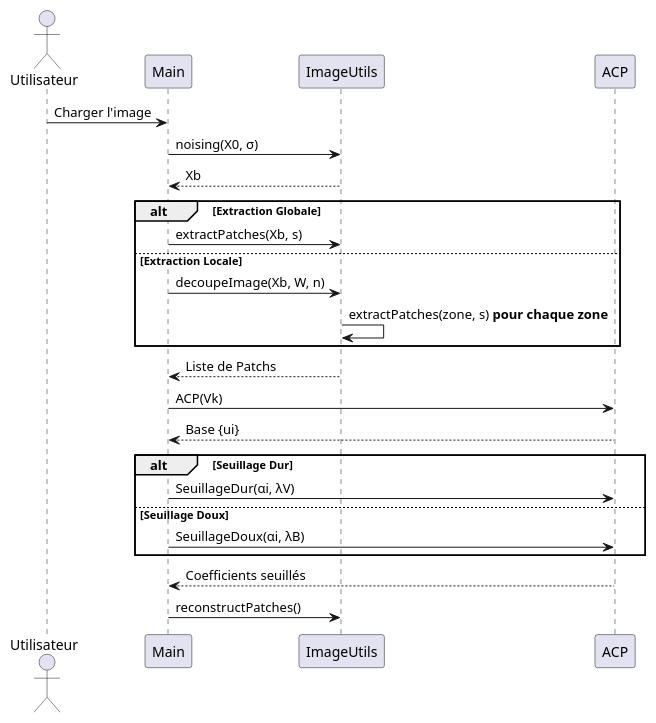
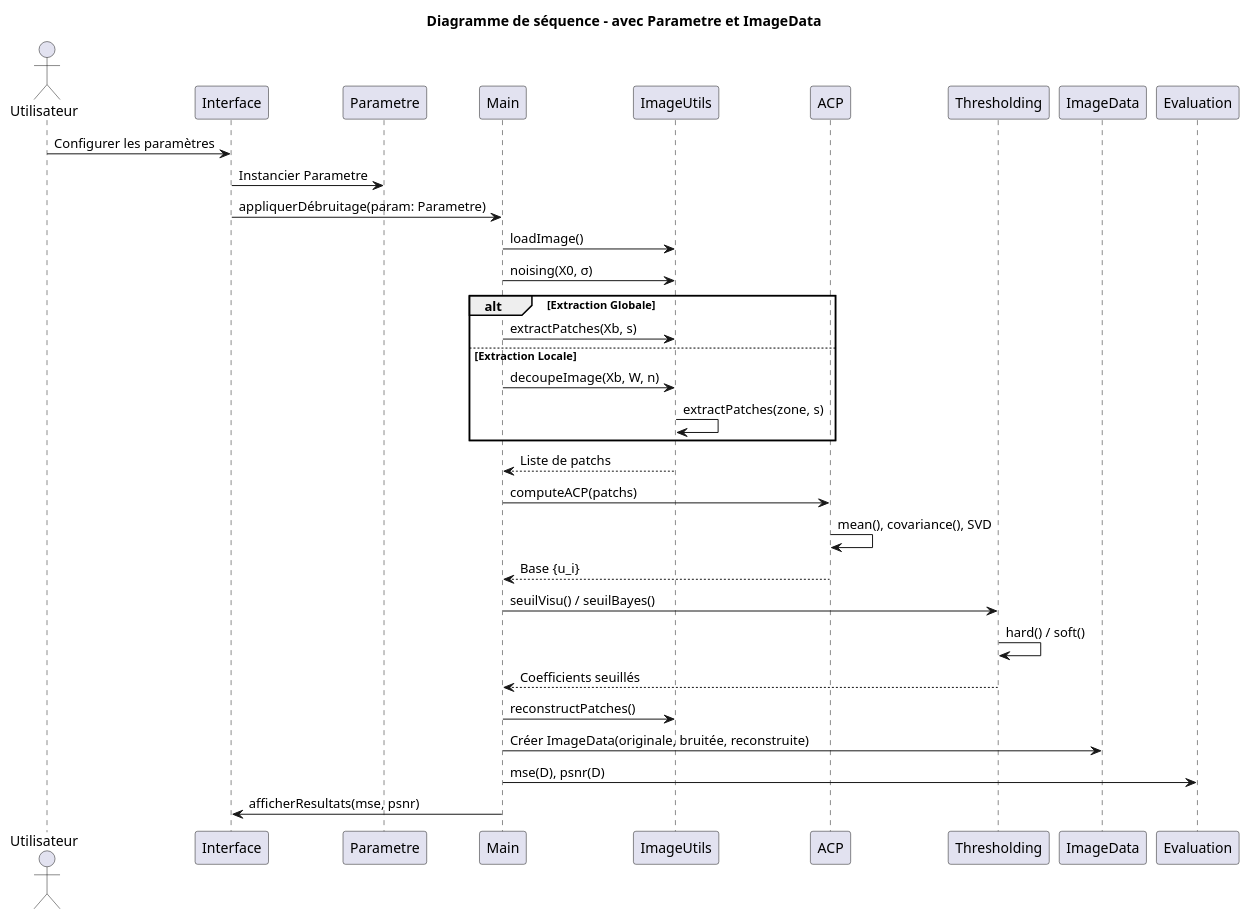
The diagram in analyse/diagrammePUML/diagSequence.puml (Thomasgin/Projet-Java), drawn with PlantUML before and after one commit. The commit also changed 1 other file, not shown here.

Commit message:
Ajout des nouv code puml pour les diagrammes de sequence et de class

```diff
--- a/analyse/diagrammePUML/diagSequence.puml
+++ b/analyse/diagrammePUML/diagSequence.puml
@@ -1,29 +1,42 @@
 @startuml
+title Diagramme de séquence – avec Parametre et ImageData
+
 actor Utilisateur
+participant "Interface" as I
+participant "Parametre" as P
 participant "Main" as M
 participant "ImageUtils" as IU
 participant "ACP" as A
+participant "Thresholding" as T
+participant "ImageData" as D
+participant "Evaluation" as E
 
-Utilisateur -> M : Charger l'image
+Utilisateur -> I : Configurer les paramètres
+I -> P : Instancier Parametre
+I -> M : appliquerDébruitage(param: Parametre)
+
+M -> IU : loadImage()
 M -> IU : noising(X0, σ)
-IU --> M : Xb
 
 alt Extraction Globale
   M -> IU : extractPatches(Xb, s)
 else Extraction Locale
   M -> IU : decoupeImage(Xb, W, n)
-  IU -> IU : extractPatches(zone, s) **pour chaque zone**
+  IU -> IU : extractPatches(zone, s)
 end
-IU --> M : Liste de Patchs
+IU --> M : Liste de patchs
 
-M -> A : ACP(Vk)
-A --> M : Base {ui}
+M -> A : computeACP(patchs)
+A -> A : mean(), covariance(), SVD
+A --> M : Base {u_i}
 
-alt Seuillage Dur
-  M -> A : SeuillageDur(αi, λV)
-else Seuillage Doux
-  M -> A : SeuillageDoux(αi, λB)
-end
-A --> M : Coefficients seuillés
+M -> T : seuilVisu() / seuilBayes()
+T -> T : hard() / soft()
+T --> M : Coefficients seuillés
+
 M -> IU : reconstructPatches()
+M -> D : Créer ImageData(originale, bruitée, reconstruite)
+M -> E : mse(D), psnr(D)
+
+M -> I : afficherResultats(mse, psnr)
 @enduml
```
